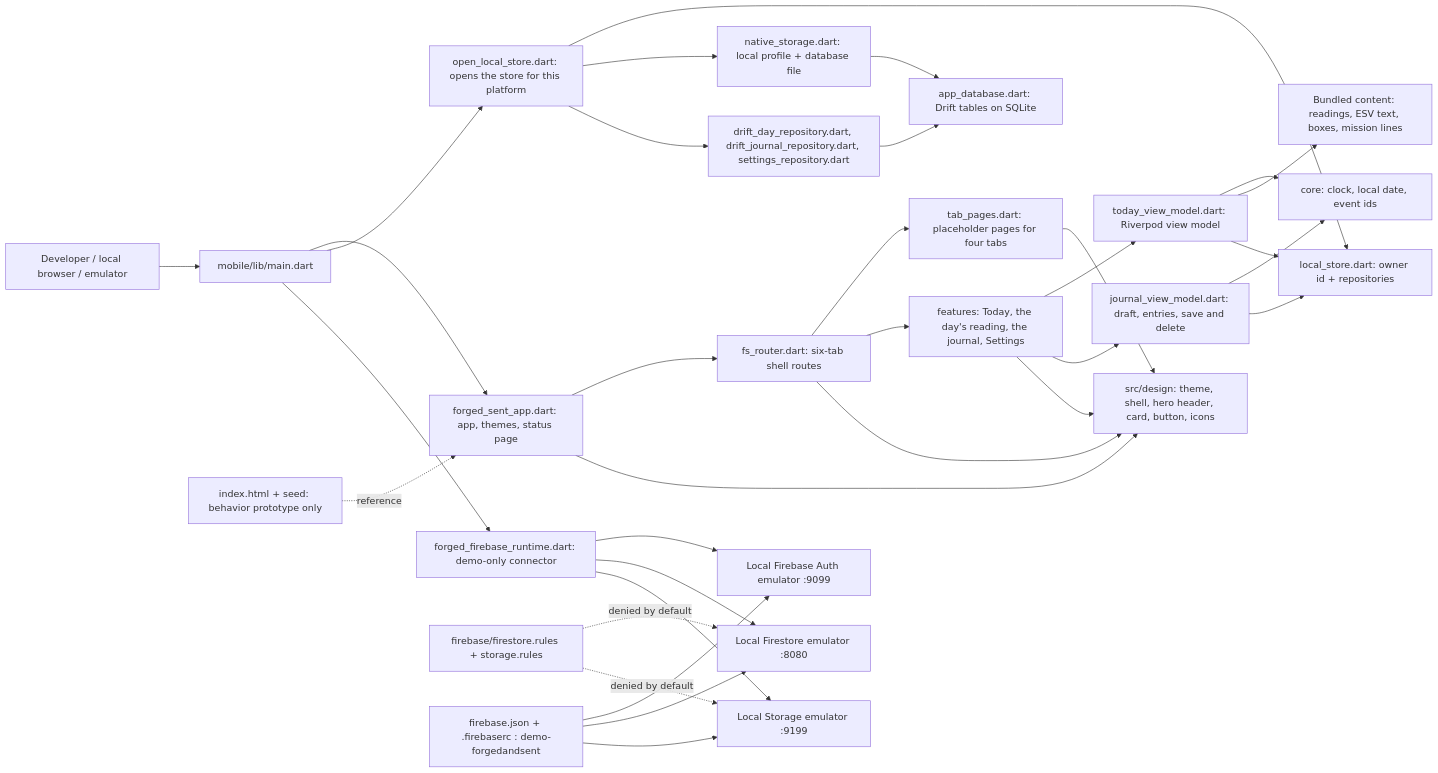
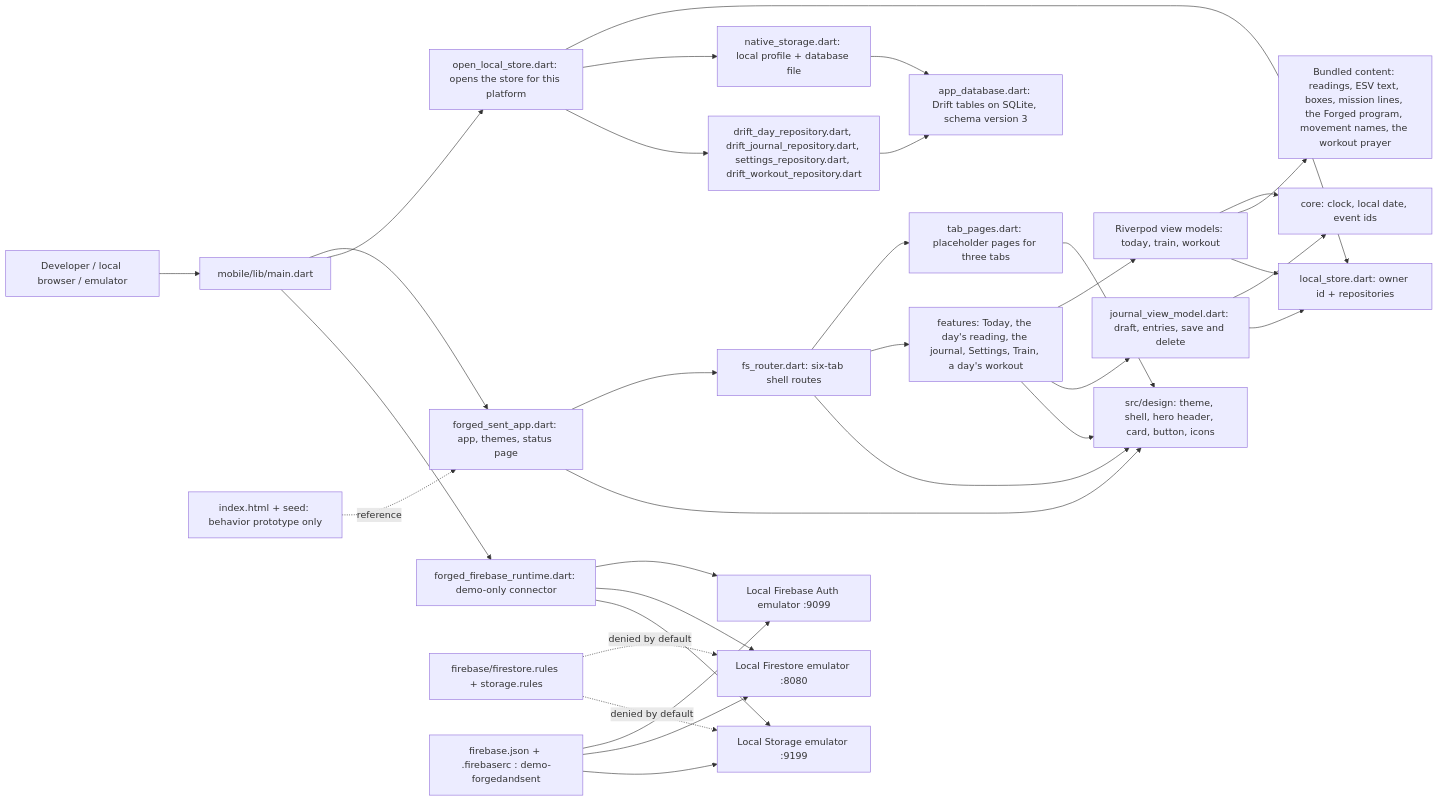
One commit to Forged-Sent/ForgedAndSentFitness changed the first of 3 diagrams in docs/architecture/SYSTEM.md. Above: the diagram before and after it, drawn with Mermaid. The commit also changed other lines of this file and 110 other files, not shown here.

First line of the commit message:
S3 Workout logging: Train, the workout prayer, sets, rest timer and finish (schema version 3) (#85)

````diff
--- a/docs/architecture/SYSTEM.md
+++ b/docs/architecture/SYSTEM.md
@@ -7,35 +7,35 @@
 ```mermaid
 flowchart LR
     Person[Developer / local browser / emulator] --> Entry[mobile/lib/main.dart]
     Entry --> UI[forged_sent_app.dart: app, themes, status page]
     UI --> Router[fs_router.dart: six-tab shell routes]
-    Router --> Pages[tab_pages.dart: placeholder pages for four tabs]
-    Router --> Screens[features: Today, the day's reading, the journal, Settings]
-    Screens --> VM[today_view_model.dart: Riverpod view model]
+    Router --> Pages[tab_pages.dart: placeholder pages for three tabs]
+    Router --> Screens[features: Today, the day's reading, the journal, Settings, Train, a day's workout]
+    Screens --> VM[Riverpod view models: today, train, workout]
     Screens --> JVM[journal_view_model.dart: draft, entries, save and delete]
     JVM --> Core
     JVM --> LocalStore
     Screens --> Design
     VM --> Core[core: clock, local date, event ids]
-    VM --> Content[Bundled content: readings, ESV text, boxes, mission lines]
+    VM --> Content[Bundled content: readings, ESV text, boxes, mission lines, the Forged program, movement names, the workout prayer]
     VM --> LocalStore[local_store.dart: owner id + repositories]
     Entry --> Open[open_local_store.dart: opens the store for this platform]
     Open --> LocalStore
     Open --> Native[native_storage.dart: local profile + database file]
-    Open --> Repos[drift_day_repository.dart, drift_journal_repository.dart, settings_repository.dart]
-    Repos --> Sqlite[app_database.dart: Drift tables on SQLite]
+    Open --> Repos[drift_day_repository.dart, drift_journal_repository.dart, settings_repository.dart, drift_workout_repository.dart]
+    Repos --> Sqlite[app_database.dart: Drift tables on SQLite, schema version 3]
     Native --> Sqlite
     UI --> Design[src/design: theme, shell, hero header, card, button, icons]
     Router --> Design
     Pages --> Design
     Entry --> Runtime[forged_firebase_runtime.dart: demo-only connector]
     Runtime --> Auth[Local Firebase Auth emulator :9099]
     Runtime --> DB[Local Firestore emulator :8080]
     Runtime --> Store[Local Storage emulator :9199]
     Rules[firebase/firestore.rules + storage.rules] -. denied by default .-> DB
     Rules -. denied by default .-> Store
     Demo[firebase.json + .firebaserc : demo-forgedandsent] --> Auth
     Demo --> DB
     Demo --> Store
     Legacy[index.html + seed: behavior prototype only] -. reference .-> UI
 ```
````
